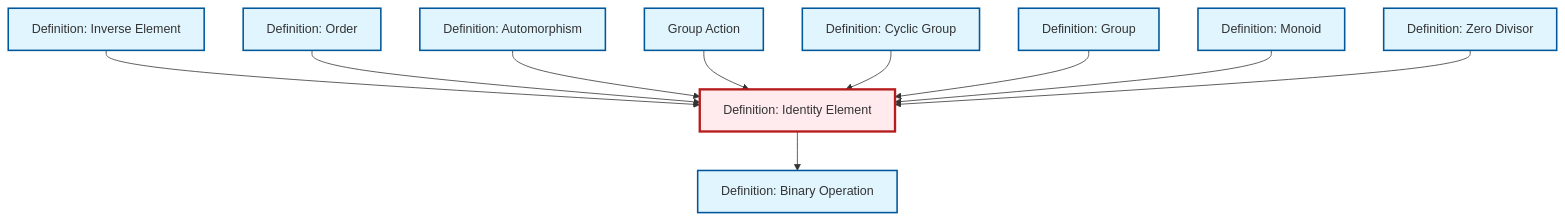
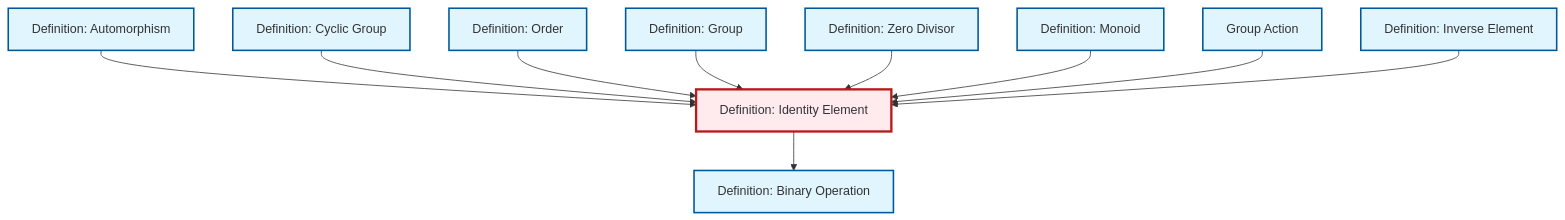
Before and after one commit to RK0429/ModernMath: the diagram in content/en/algebra/def-identity-element.qmd, drawn with Mermaid. The commit also changed other lines of this file and 1069 other files, not shown here.

````diff
--- a/content/en/algebra/def-identity-element.qmd
+++ b/content/en/algebra/def-identity-element.qmd
@@ -77,38 +77,38 @@
 ```{mermaid}
 %%| fig-cap: "Local dependency graph"
 graph TD
     classDef definition fill:#e1f5fe,stroke:#01579b,stroke-width:2px
     classDef theorem fill:#f3e5f5,stroke:#4a148c,stroke-width:2px
     classDef axiom fill:#fff3e0,stroke:#e65100,stroke-width:2px
     classDef example fill:#e8f5e9,stroke:#1b5e20,stroke-width:2px
     classDef current fill:#ffebee,stroke:#b71c1c,stroke-width:3px
+    def-zero-divisor["Definition: Zero Divisor"]:::definition
+    def-automorphism["Definition: Automorphism"]:::definition
+    def-cyclic-group["Definition: Cyclic Group"]:::definition
     def-inverse-element["Definition: Inverse Element"]:::definition
+    def-binary-operation["Definition: Binary Operation"]:::definition
+    def-order["Definition: Order"]:::definition
+    def-identity-element["Definition: Identity Element"]:::definition
     def-monoid["Definition: Monoid"]:::definition
-    def-cyclic-group["Definition: Cyclic Group"]:::definition
+    def-group-action["Group Action"]:::definition
     def-group["Definition: Group"]:::definition
-    def-order["Definition: Order"]:::definition
-    def-binary-operation["Definition: Binary Operation"]:::definition
-    def-zero-divisor["Definition: Zero Divisor"]:::definition
-    def-identity-element["Definition: Identity Element"]:::definition
-    def-group-action["Group Action"]:::definition
-    def-automorphism["Definition: Automorphism"]:::definition
+    def-automorphism --> def-identity-element
+    def-cyclic-group --> def-identity-element
+    def-order --> def-identity-element
+    def-group --> def-identity-element
+    def-zero-divisor --> def-identity-element
+    def-monoid --> def-identity-element
+    def-group-action --> def-identity-element
+    def-inverse-element --> def-identity-element
     def-identity-element --> def-binary-operation
-    def-inverse-element --> def-identity-element
-    def-order --> def-identity-element
-    def-automorphism --> def-identity-element
-    def-group-action --> def-identity-element
-    def-cyclic-group --> def-identity-element
-    def-group --> def-identity-element
-    def-monoid --> def-identity-element
-    def-zero-divisor --> def-identity-element
     class def-identity-element current
+    click def-zero-divisor "def-zero-divisor.html" "Go to Zero Divisor definition"
+    click def-automorphism "def-automorphism.html" "Go to Automorphism definition"
+    click def-cyclic-group "def-cyclic-group.html" "Go to Cyclic Group definition"
     click def-inverse-element "def-inverse-element.html" "Go to Inverse Element definition"
+    click def-binary-operation "def-binary-operation.html" "Go to Binary Operation definition"
+    click def-order "def-order.html" "Go to Order definition"
     click def-monoid "def-monoid.html" "Go to Monoid definition"
-    click def-cyclic-group "def-cyclic-group.html" "Go to Cyclic Group definition"
+    click def-group-action "def-group-action.html" "Go to Group Action"
     click def-group "def-group.html" "Go to Group definition"
-    click def-order "def-order.html" "Go to Order definition"
-    click def-binary-operation "def-binary-operation.html" "Go to Binary Operation definition"
-    click def-zero-divisor "def-zero-divisor.html" "Go to Zero Divisor definition"
-    click def-group-action "def-group-action.html" "Go to Group Action"
-    click def-automorphism "def-automorphism.html" "Go to Automorphism definition"
 ```
````
